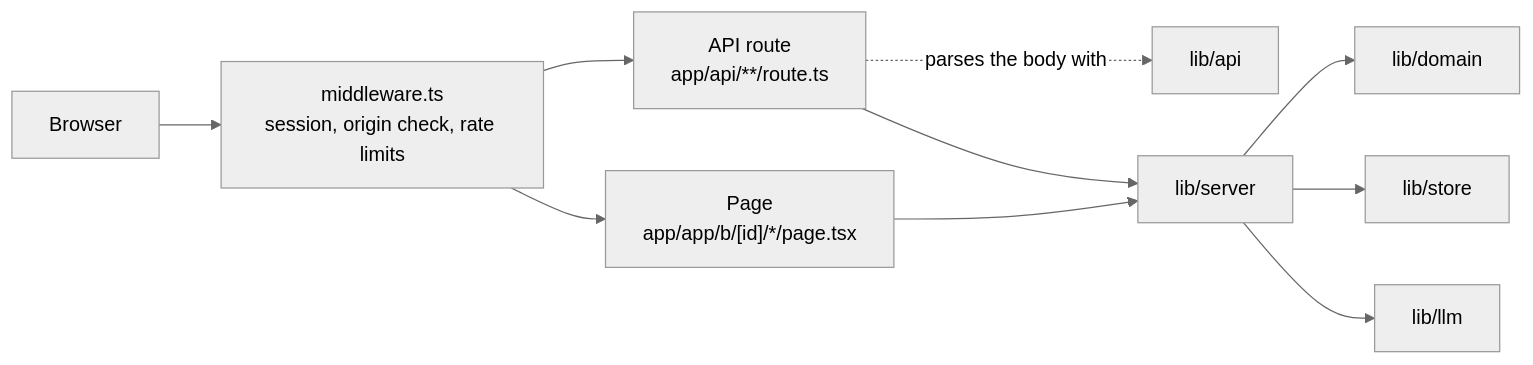
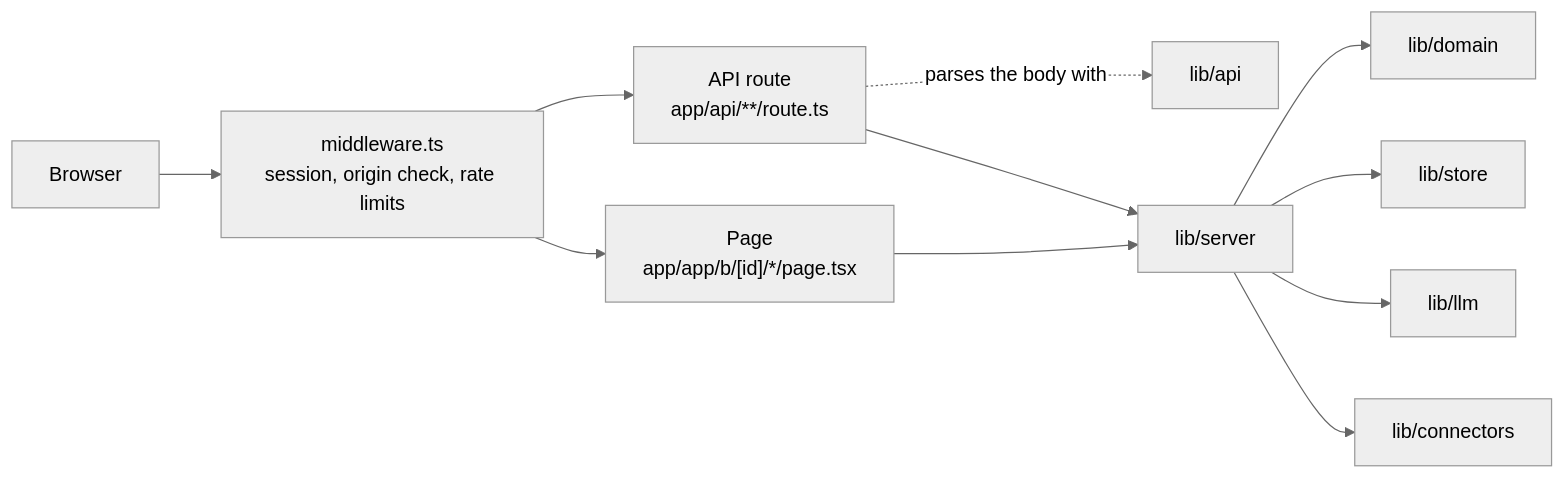
The diagram in docs/architecture.md (pramukhbhushan/Anchored), drawn with Mermaid (neutral theme) before and after one commit. The commit also changed other lines of this file and 4 other files, not shown here.

````diff
--- a/docs/architecture.md
+++ b/docs/architecture.md
@@ -46,12 +47,13 @@
 ```mermaid
 flowchart LR
   browser[Browser] --> mw["middleware.ts<br/>session, origin check, rate limits"]
   mw --> page["Page<br/>app/app/b/[id]/*/page.tsx"]
   mw --> route["API route<br/>app/api/**/route.ts"]
   route -. "parses the body with" .-> api[lib/api]
   page --> server[lib/server]
   route --> server
   server --> domain[lib/domain]
   server --> store[lib/store]
   server --> llm[lib/llm]
+  server --> connectors[lib/connectors]
 ```
````
